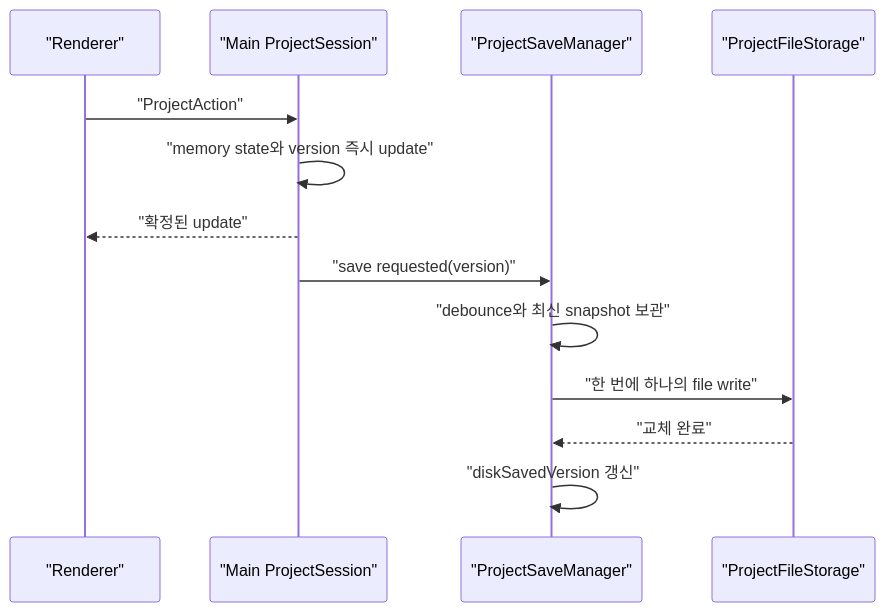
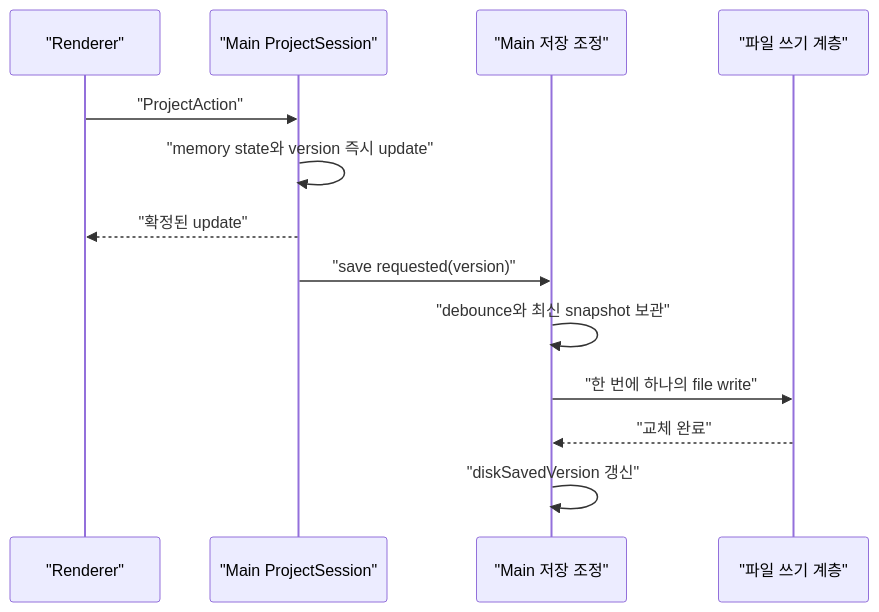
Before and after one commit to whizzkid1452/blog: the diagram in content/posts/electron-main-process-autosave.md, drawn with Mermaid. The commit also changed other lines of this file and 6 other files, not shown here.

````diff
--- a/content/posts/electron-main-process-autosave.md
+++ b/content/posts/electron-main-process-autosave.md
@@ -76,16 +100,16 @@
 ```mermaid
 sequenceDiagram
   participant R as "Renderer"
   participant S as "Main ProjectSession"
-  participant M as "ProjectSaveManager"
-  participant F as "ProjectFileStorage"
+  participant M as "Main 저장 조정"
+  participant F as "파일 쓰기 계층"
 
   R->>S: "ProjectAction"
   S->>S: "memory state와 version 즉시 update"
   S-->>R: "확정된 update"
   S->>M: "save requested(version)"
   M->>M: "debounce와 최신 snapshot 보관"
   M->>F: "한 번에 하나의 file write"
   F-->>M: "교체 완료"
   M->>M: "diskSavedVersion 갱신"
 ```
````
